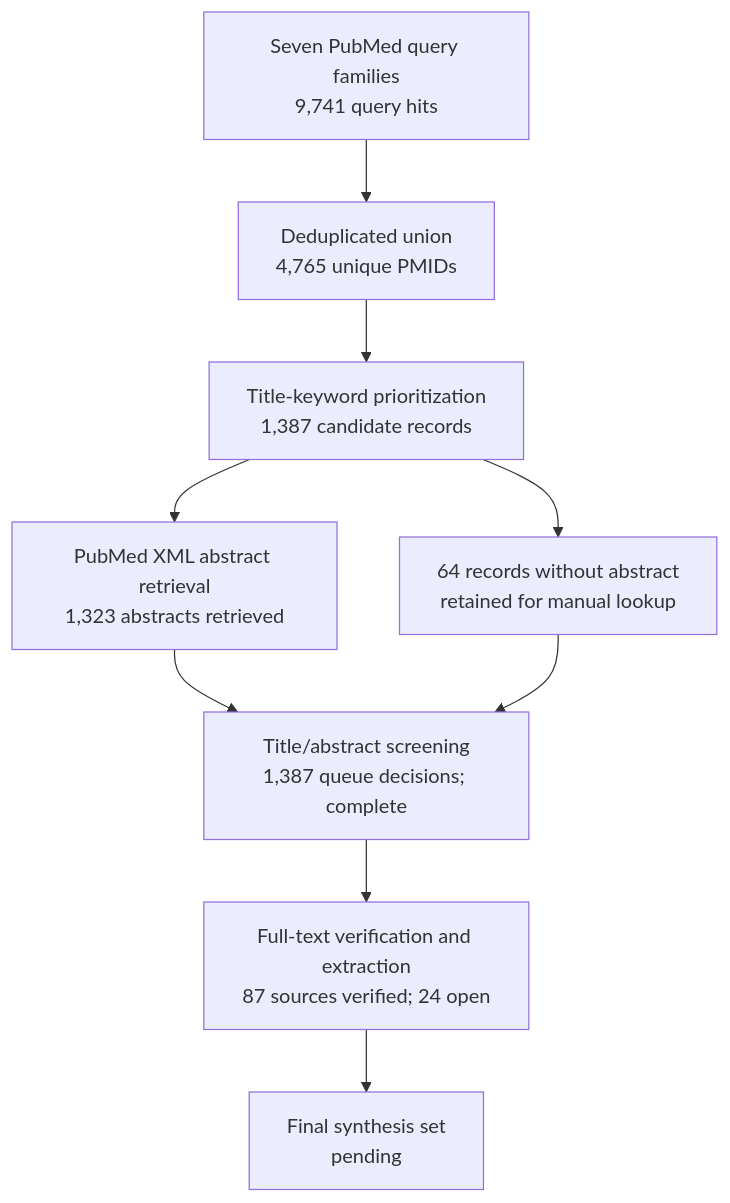
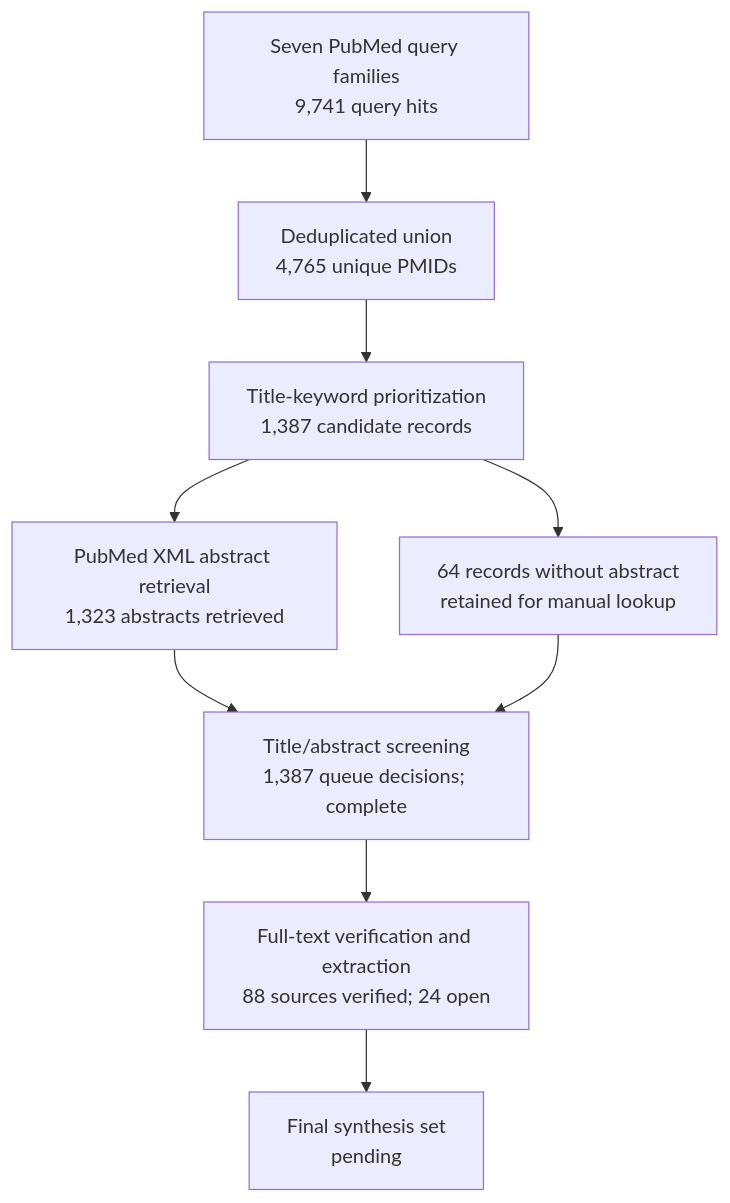
Before and after one commit to dcmcshan/artemisia: the diagram in manuscript/review-flow.md, drawn with Mermaid. The commit also changed other lines of this file and 19 other files, not shown here.

Commit message:
Add full-text A. annua coccidiosis evidence

````diff
--- a/manuscript/review-flow.md
+++ b/manuscript/review-flow.md
@@ -5,11 +5,11 @@
 ```mermaid
 flowchart TB
   Q[Seven PubMed query families<br/>9,741 query hits] --> U[Deduplicated union<br/>4,765 unique PMIDs]
   U --> T[Title-keyword prioritization<br/>1,387 candidate records]
   T --> A[PubMed XML abstract retrieval<br/>1,323 abstracts retrieved]
   T --> N[64 records without abstract<br/>retained for manual lookup]
   A --> M[Title/abstract screening<br/>1,387 queue decisions; complete]
   N --> M
-  M --> F[Full-text verification and extraction<br/>87 sources verified; 24 open]
+  M --> F[Full-text verification and extraction<br/>88 sources verified; 24 open]
   F --> S[Final synthesis set<br/>pending]
 ```
````
